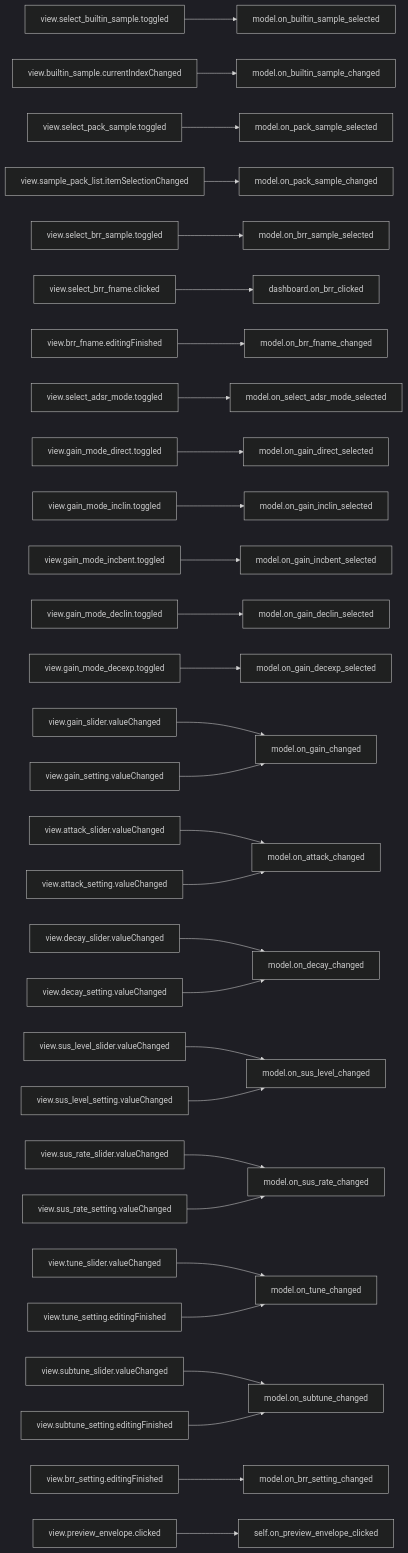
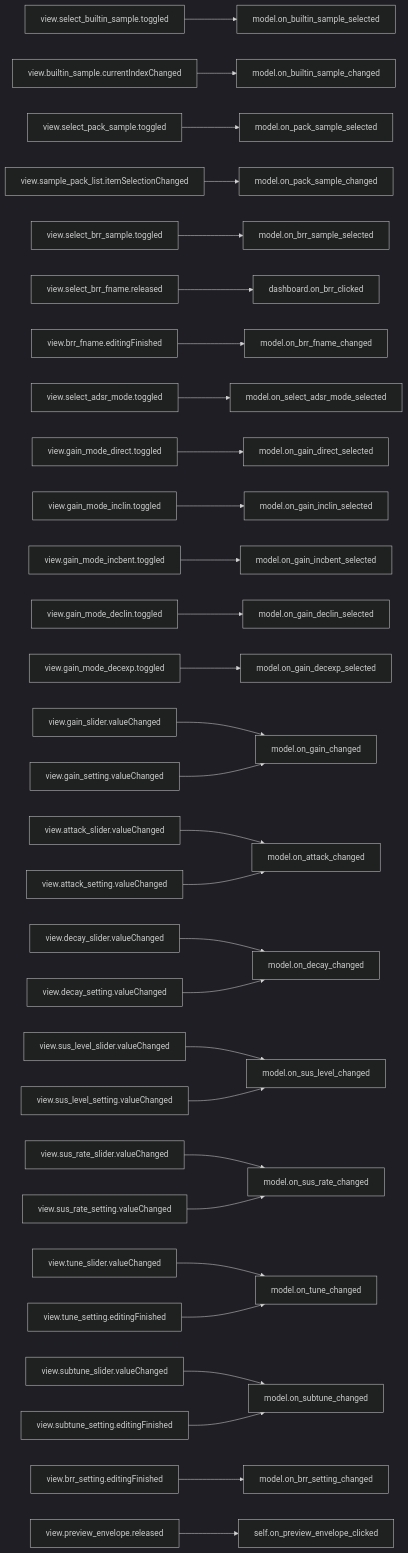
One commit to com-posers-pit/smw_music changed the eighth of 9 diagrams in doc/source/dashboard_signal_slot_map.rst. Above: the diagram before and after it, drawn with Mermaid (dark theme). The commit also changed other lines of this file and 1 other file, not shown here.

First line of the commit message:
Use button released, not clicked, signals

```diff
--- a/doc/source/dashboard_signal_slot_map.rst
+++ b/doc/source/dashboard_signal_slot_map.rst
@@ -142,32 +142,32 @@
 .. mermaid::
 
    flowchart LR
       view.select_builtin_sample.toggled --> model.on_builtin_sample_selected
       view.builtin_sample.currentIndexChanged --> model.on_builtin_sample_changed
       view.select_pack_sample.toggled --> model.on_pack_sample_selected
       view.sample_pack_list.itemSelectionChanged --> model.on_pack_sample_changed
       view.select_brr_sample.toggled --> model.on_brr_sample_selected
-      view.select_brr_fname.clicked --> dashboard.on_brr_clicked
+      view.select_brr_fname.released --> dashboard.on_brr_clicked
       view.brr_fname.editingFinished --> model.on_brr_fname_changed
       view.select_adsr_mode.toggled --> model.on_select_adsr_mode_selected
       view.gain_mode_direct.toggled --> model.on_gain_direct_selected
       view.gain_mode_inclin.toggled --> model.on_gain_inclin_selected
       view.gain_mode_incbent.toggled --> model.on_gain_incbent_selected
       view.gain_mode_declin.toggled --> model.on_gain_declin_selected
       view.gain_mode_decexp.toggled --> model.on_gain_decexp_selected
       view.gain_slider.valueChanged --> model.on_gain_changed
       view.gain_setting.valueChanged --> model.on_gain_changed
       view.attack_slider.valueChanged --> model.on_attack_changed
       view.attack_setting.valueChanged --> model.on_attack_changed
       view.decay_slider.valueChanged --> model.on_decay_changed
       view.decay_setting.valueChanged --> model.on_decay_changed
       view.sus_level_slider.valueChanged --> model.on_sus_level_changed
       view.sus_level_setting.valueChanged --> model.on_sus_level_changed
       view.sus_rate_slider.valueChanged --> model.on_sus_rate_changed
       view.sus_rate_setting.valueChanged --> model.on_sus_rate_changed
       view.tune_slider.valueChanged --> model.on_tune_changed
       view.tune_setting.editingFinished --> model.on_tune_changed
       view.subtune_slider.valueChanged --> model.on_subtune_changed
       view.subtune_setting.editingFinished --> model.on_subtune_changed
       view.brr_setting.editingFinished --> model.on_brr_setting_changed
-      view.preview_envelope.clicked --> self.on_preview_envelope_clicked
+      view.preview_envelope.released --> self.on_preview_envelope_clicked
```
